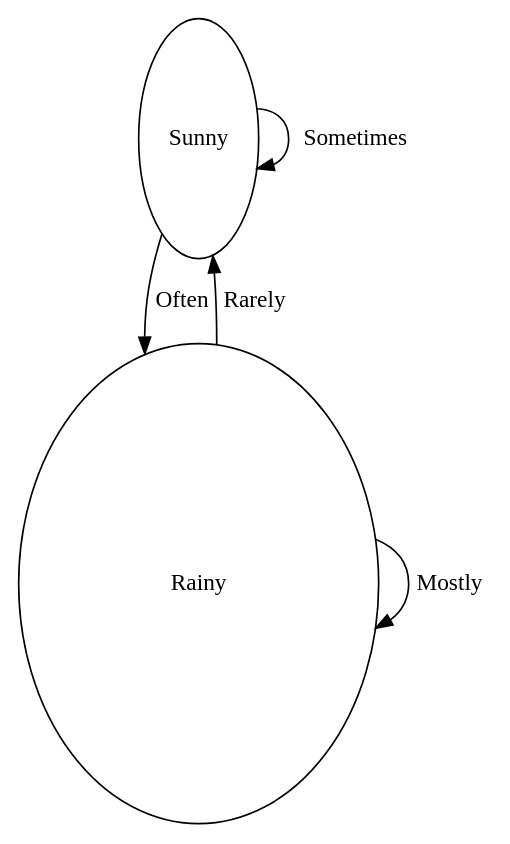
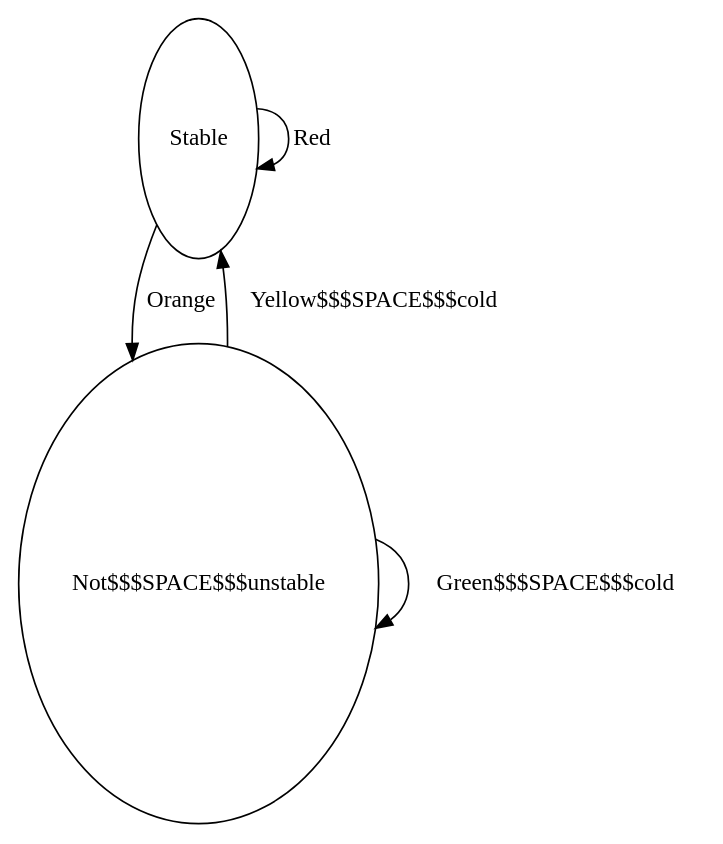
Before and after one commit to richelbilderbeek/boost_graph_cookbook_1: the diagram in BoostGraphTutorial/create_bundled_edges_and_vertices_markov_chain.dot, drawn with Graphviz. The commit also changed 19 other files, not shown here.

```diff
--- a/BoostGraphTutorial/create_bundled_edges_and_vertices_markov_chain.dot
+++ b/BoostGraphTutorial/create_bundled_edges_and_vertices_markov_chain.dot
@@ -1,8 +1,8 @@
 digraph G {
-0[label="Sunny",comment="Yellow$$$SPACE$$$thing",width=1,height=2];
-1[label="Rainy",comment="Grey$$$SPACE$$$things",width=3,height=4];
-0->0 [label="Sometimes",comment="20%",width=1,height=2];
-0->1 [label="Often",comment="80%",width=3,height=4];
-1->0 [label="Rarely",comment="10%",width=5,height=6];
-1->1 [label="Mostly",comment="90%",width=7,height=8];
+0[label="Stable",comment="Right",width=1,height=2];
+1[label="Not$$$SPACE$$$unstable",comment="Not$$$SPACE$$$left",width=3,height=4];
+0->0 [label="Red",comment="Heat",width=1,height=2];
+0->1 [label="Orange",comment="Lose$$$SPACE$$$heat",width=3,height=4];
+1->0 [label="Yellow$$$SPACE$$$cold",comment="Heat",width=5,height=6];
+1->1 [label="Green$$$SPACE$$$cold",comment="Stay$$$SPACE$$$cool",width=7,height=8];
 }
```
